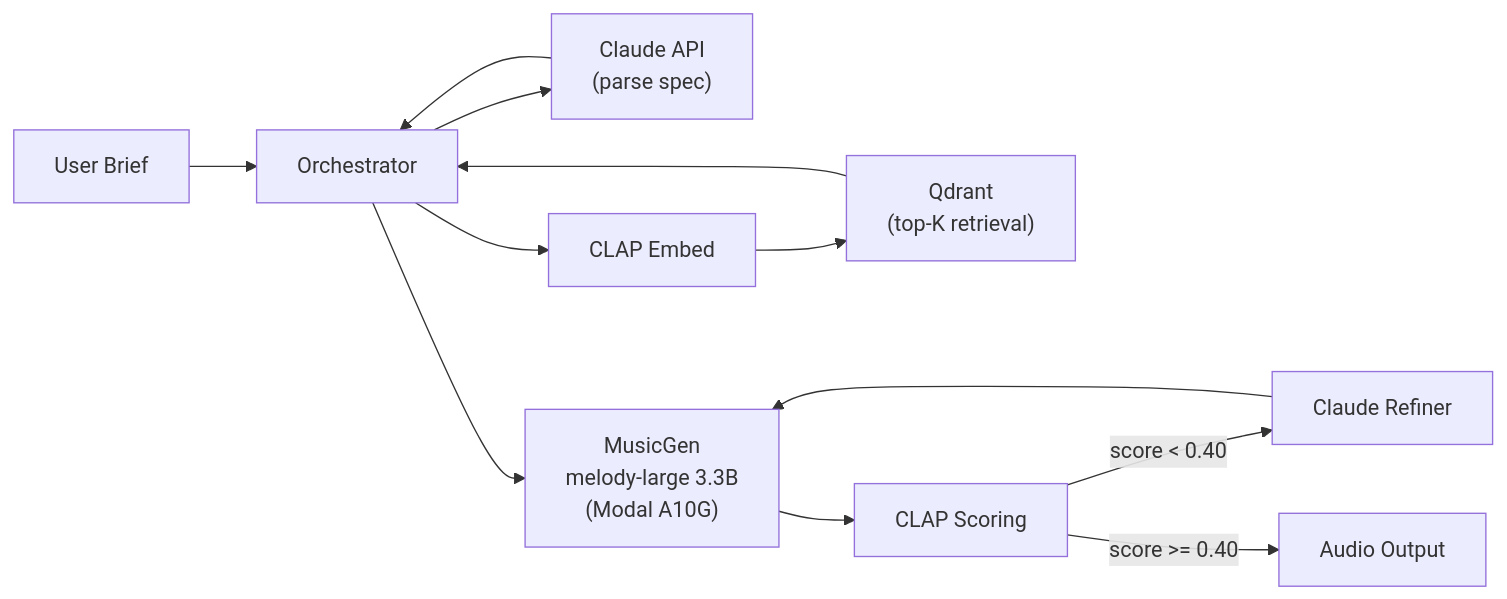
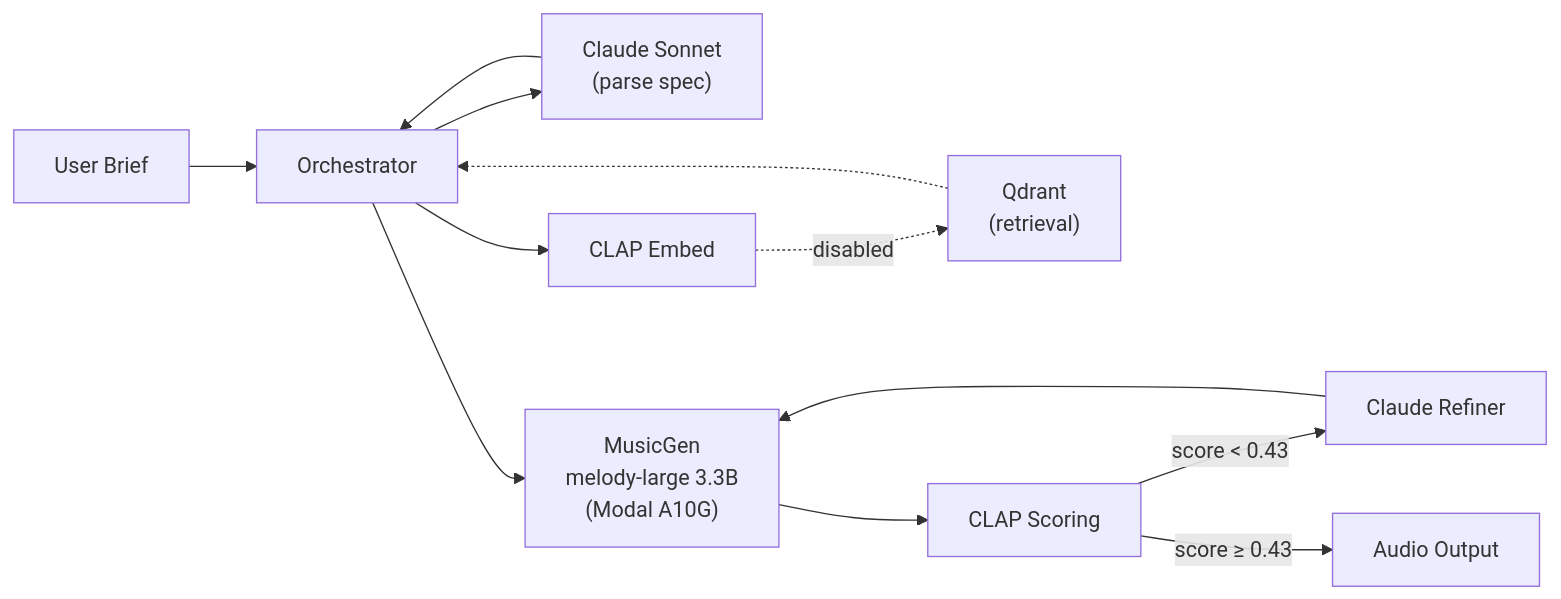
The first of 2 diagrams in README.md (Kairn/flowing-trails), drawn with Mermaid before and after one commit. The commit also changed other lines of this file and 22 other files, not shown here.

````diff
--- a/README.md
+++ b/README.md
@@ -14,14 +22,14 @@
 ```mermaid
 flowchart LR
     User["User Brief"] --> Orch["Orchestrator"]
-    Orch --> Claude["Claude API<br/>(parse spec)"]
+    Orch --> Claude["Claude Sonnet<br/>(parse spec)"]
     Claude --> Orch
     Orch --> CLAP["CLAP Embed"]
-    CLAP --> Qdrant["Qdrant<br/>(top-K retrieval)"]
-    Qdrant --> Orch
+    CLAP -.->|disabled| Qdrant["Qdrant<br/>(retrieval)"]
+    Qdrant -.-> Orch
     Orch --> MusicGen["MusicGen<br/>melody-large 3.3B<br/>(Modal A10G)"]
     MusicGen --> Score["CLAP Scoring"]
-    Score -->|"score < 0.40"| Refine["Claude Refiner"]
+    Score -->|"score < 0.43"| Refine["Claude Refiner"]
     Refine --> MusicGen
-    Score -->|"score >= 0.40"| Out["Audio Output"]
+    Score -->|"score ≥ 0.43"| Out["Audio Output"]
 ```
````
